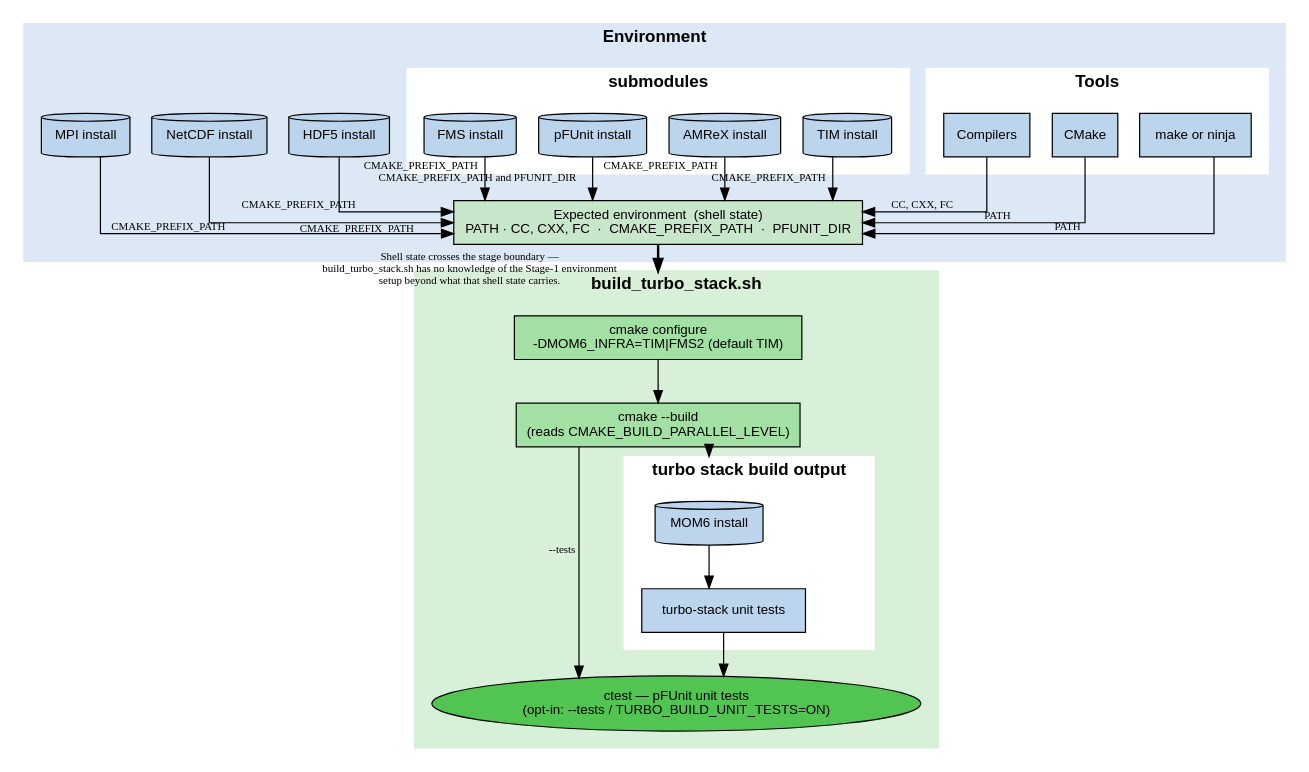
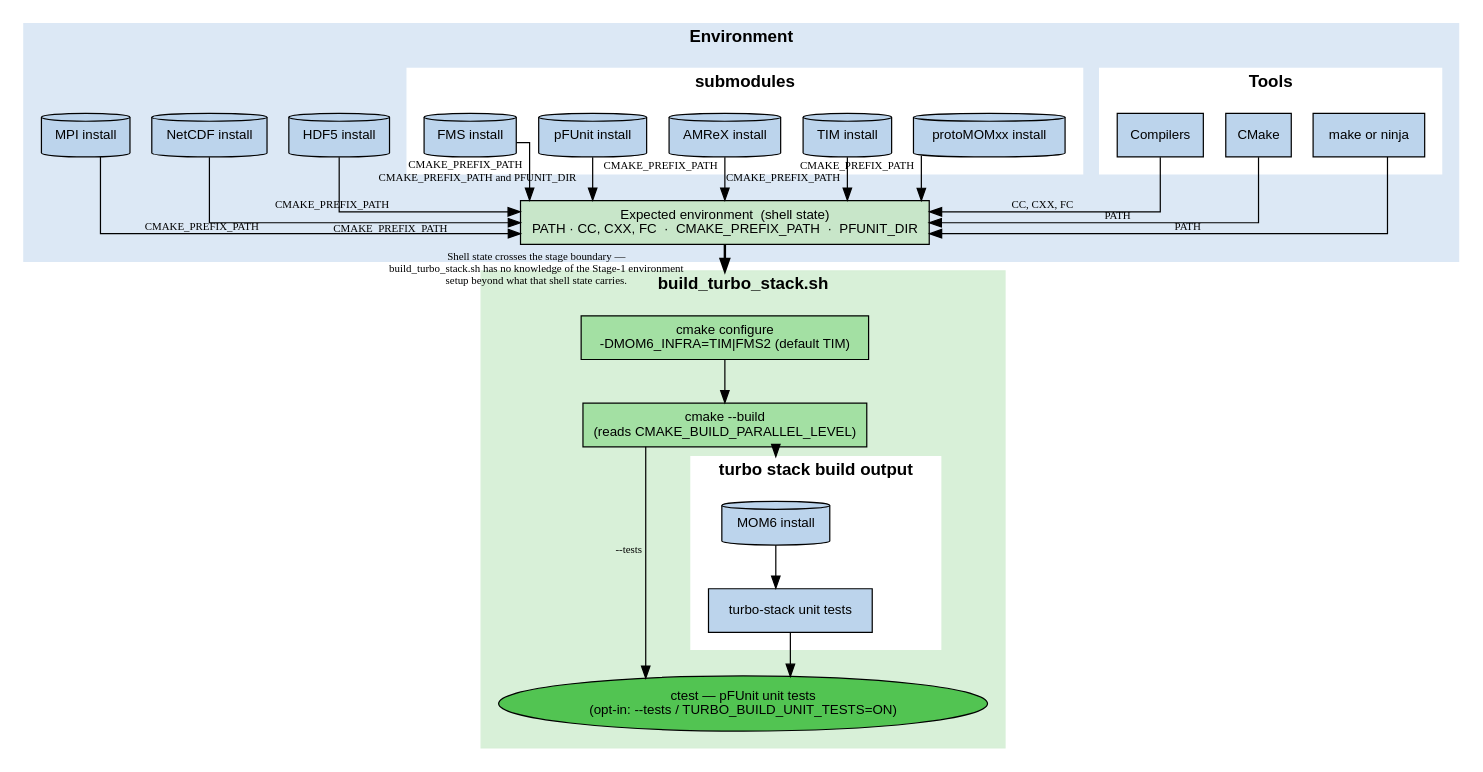
The diagram in docs/two_stage_pipeline.dot (TURBO-ESM/turbo-stack), drawn with Graphviz before and after one commit. The commit also changed 24 other files, not shown here.

```diff
--- a/docs/two_stage_pipeline.dot
+++ b/docs/two_stage_pipeline.dot
@@ -1,117 +1,120 @@
 digraph two_stage_pipeline {
     rankdir=TB;
     compound=true;
     newrank=true;
     node [shape=box, fontname="Helvetica", fontsize=11];
     edge [fontsize=9];
     splines=ortho;
 
     // ── Stage 1 — env + deps (sourced) ───────────────────────────────────────
     subgraph cluster_stage1 {
         label="Environment";
         style=filled; color="#dce8f5"; fontname="Helvetica-Bold";
         margin=14;
         ordering=out;
 
         subgraph cluster_toolchain {
             label="Tools ";
             style=filled; color="white";
 
             compilers        [label="Compilers",
                             fillcolor="#bcd4ec", style=filled];
             cmake [label="CMake",
                             fillcolor="#bcd4ec", style=filled];
             make_or_ninja [label="make or ninja",
                             fillcolor="#bcd4ec", style=filled];
         }
 
         subgraph external_prebuilt_packages {
                 mpi_install    [label="MPI install",    shape=cylinder, fillcolor="#bcd4ec", style=filled];
                 netcdf_install  [label="NetCDF install",  shape=cylinder, fillcolor="#bcd4ec", style=filled];
                 hdf5_install    [label="HDF5 install",    shape=cylinder, fillcolor="#bcd4ec", style=filled];
         }
 
         // Source-resolution annotation sits at the toolchain rank, beside the
         // toolchain boxes, so it doesn't widen the build_dep cluster.
         subgraph cluster_builddeps {
             label="submodules";
             style=filled; color="white";
 
             fms_install    [label="FMS install",    shape=cylinder, fillcolor="#bcd4ec", style=filled];
             pfunit_install [label="pFUnit install", shape=cylinder, fillcolor="#bcd4ec", style=filled];
             amrex_install  [label="AMReX install",  shape=cylinder, fillcolor="#bcd4ec", style=filled];
             tim_install    [label="TIM install",    shape=cylinder, fillcolor="#bcd4ec", style=filled];
+            protomom_install [label="protoMOMxx install", shape=cylinder, fillcolor="#bcd4ec", style=filled];
         }
 
         // All nodes in same rank, left to right ordering
-        { rank=same; compilers; cmake; make_or_ninja; mpi_install; netcdf_install; hdf5_install; fms_install; pfunit_install; amrex_install; tim_install; }
+        { rank=same; compilers; cmake; make_or_ninja; mpi_install; netcdf_install; hdf5_install; fms_install; pfunit_install; amrex_install; tim_install; protomom_install; }
 
         // Invisible edges to maintain left-to-right order
         compilers -> cmake [style=invis, weight=10];
         cmake -> make_or_ninja [style=invis, weight=10];
         make_or_ninja -> mpi_install [style=invis, weight=10];
         mpi_install -> netcdf_install [style=invis, weight=10];
         netcdf_install -> hdf5_install [style=invis, weight=10];
         hdf5_install -> fms_install [style=invis, weight=10];
         fms_install -> pfunit_install [style=invis, weight=10];
         pfunit_install -> amrex_install [style=invis, weight=10];
-        amrex_install -> tim_install [style=invis];
+        amrex_install -> tim_install [style=invis, weight=10];
+        tim_install -> protomom_install [style=invis];
 
         stage1_outputs [label="Expected environment  (shell state)\nPATH · CC, CXX, FC  ·  CMAKE_PREFIX_PATH  ·  PFUNIT_DIR",
                         fillcolor="#c8e6c9", style=filled];
     }
 
     // External non-submodule installs (Tier 1): MPI / NetCDF / HDF5
     mpi_install -> stage1_outputs [xlabel="CMAKE_PREFIX_PATH"];
     netcdf_install  -> stage1_outputs [xlabel="CMAKE_PREFIX_PATH"];
     hdf5_install    -> stage1_outputs [xlabel="CMAKE_PREFIX_PATH"];
 
-    // Submodule dep installs (Tier 1.5: AMReX/pFUnit; Tier 2: FMS/TIM)
+    // Submodule dep installs (Tier 1.5: AMReX/pFUnit; Tier 2: FMS/TIM/protoMOMxx)
     fms_install    -> stage1_outputs [xlabel="CMAKE_PREFIX_PATH"];
     pfunit_install -> stage1_outputs [xlabel="CMAKE_PREFIX_PATH and PFUNIT_DIR"];
     amrex_install  -> stage1_outputs [xlabel="CMAKE_PREFIX_PATH"];
     tim_install    -> stage1_outputs [xlabel="CMAKE_PREFIX_PATH"];
+    protomom_install -> stage1_outputs [xlabel="CMAKE_PREFIX_PATH"];
 
     compilers     -> stage1_outputs [xlabel="CC, CXX, FC"];
     cmake         -> stage1_outputs [xlabel="PATH"];
     make_or_ninja -> stage1_outputs [xlabel="PATH"];
 
 
     // ── Stage 2 — build turbo-stack (exec'd) ─────────────────────────────────
     subgraph cluster_stage2 {
         label="build_turbo_stack.sh";
         style=filled; color="#d8f0d8"; fontname="Helvetica-Bold";
         margin=14;
 
         cmake_config [label="cmake configure\n-DMOM6_INFRA=TIM|FMS2 (default TIM)",
                       fillcolor="#a3e0a3", style=filled];
         cmake_build  [label="cmake --build\n(reads CMAKE_BUILD_PARALLEL_LEVEL)",
                       fillcolor="#a3e0a3", style=filled];
         ctest_node   [label="ctest — pFUnit unit tests\n(opt-in: --tests / TURBO_BUILD_UNIT_TESTS=ON)",
                       shape=ellipse, fillcolor="#52c452", style=filled];
 
 
         subgraph cluster_turbo_stack_build_output {
             label="turbo stack build output";
             style=filled; color="white";
 
             //marbl_install         [label="MARBL install",    shape=cylinder, fillcolor="#bcd4ec", style=filled];
             mom6_install         [label="MOM6 install",    shape=cylinder, fillcolor="#bcd4ec", style=filled];
             turbo_stack_install  [label="turbo-stack unit tests",    fillcolor="#bcd4ec", style=filled];
 
             //marbl_install -> mom6_install
             mom6_install -> turbo_stack_install;
         }
 
     }
 
         cmake_config -> cmake_build;
         cmake_build  -> mom6_install [lhead=cluster_turbo_stack_build_output];
         cmake_build  -> ctest_node [xlabel="--tests"];
         turbo_stack_install  -> ctest_node;
 
     // ── Environment → build_turbo_stack.sh hand-off (THE central message) ─────────────────────
     stage1_outputs -> cmake_config [lhead=cluster_stage2, penwidth=2,
         xlabel="Shell state crosses the stage boundary —\nbuild_turbo_stack.sh has no knowledge of the Stage-1 environment\nsetup beyond what that shell state carries."];
 
 }
```
